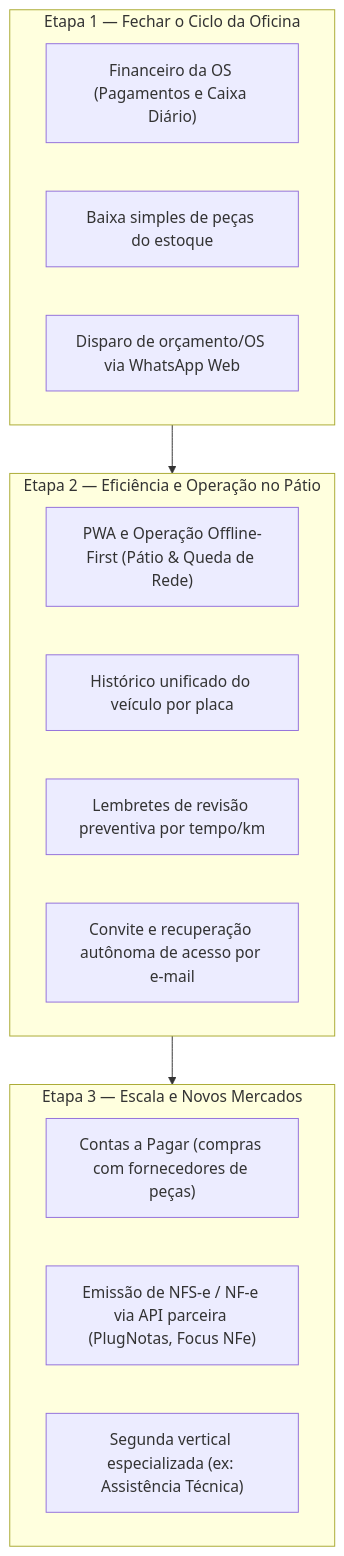
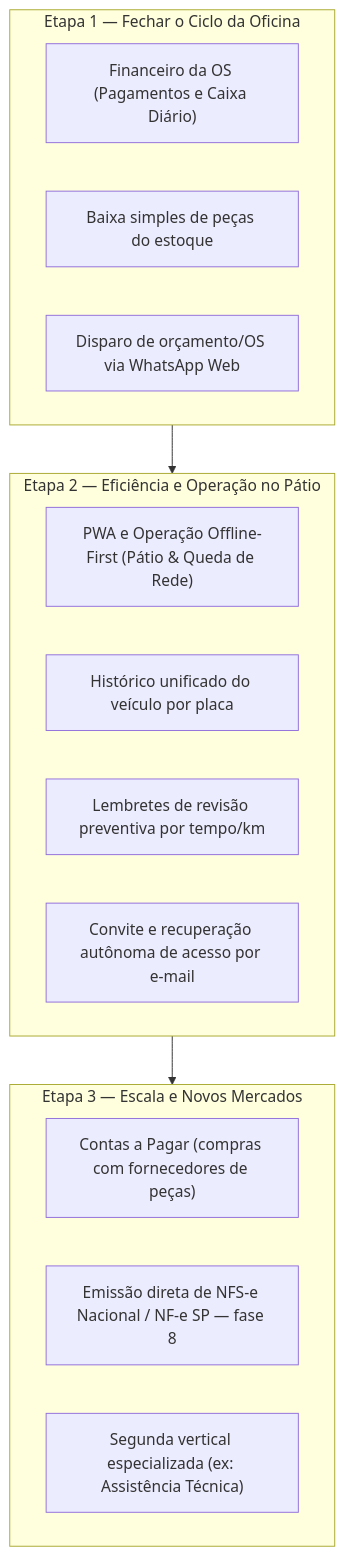
The diagram in docs/PRODUCT-STRATEGY.md (Pedroltz/ofizzy), drawn with Mermaid before and after one commit. The commit also changed other lines of this file and 42 other files, not shown here.

Commit message:
docs(fiscal): document phase 8 architecture, review, operation, and handoff

````diff
--- a/docs/PRODUCT-STRATEGY.md
+++ b/docs/PRODUCT-STRATEGY.md
@@ -54,24 +54,24 @@
 ```mermaid
 flowchart TD
     A["Etapa 1: MVP Completo e Vendável"] --> B["Etapa 2: Retenção e Eficiência Operacional"]
     B --> C["Etapa 3: Expansão Modular"]
     
     subgraph A ["Etapa 1 — Fechar o Ciclo da Oficina"]
         A1["Financeiro da OS (Pagamentos e Caixa Diário)"]
         A2["Baixa simples de peças do estoque"]
         A3["Disparo de orçamento/OS via WhatsApp Web"]
     end
     
     subgraph B ["Etapa 2 — Eficiência e Operação no Pátio"]
         B1["PWA e Operação Offline-First (Pátio & Queda de Rede)"]
         B2["Histórico unificado do veículo por placa"]
         B3["Lembretes de revisão preventiva por tempo/km"]
         B4["Convite e recuperação autônoma de acesso por e-mail"]
     end
     
     subgraph C ["Etapa 3 — Escala e Novos Mercados"]
         C1["Contas a Pagar (compras com fornecedores de peças)"]
-        C2["Emissão de NFS-e / NF-e via API parceira (PlugNotas, Focus NFe)"]
+        C2["Emissão direta de NFS-e Nacional / NF-e SP — fase 8"]
         C3["Segunda vertical especializada (ex: Assistência Técnica)"]
     end
 ```
````
